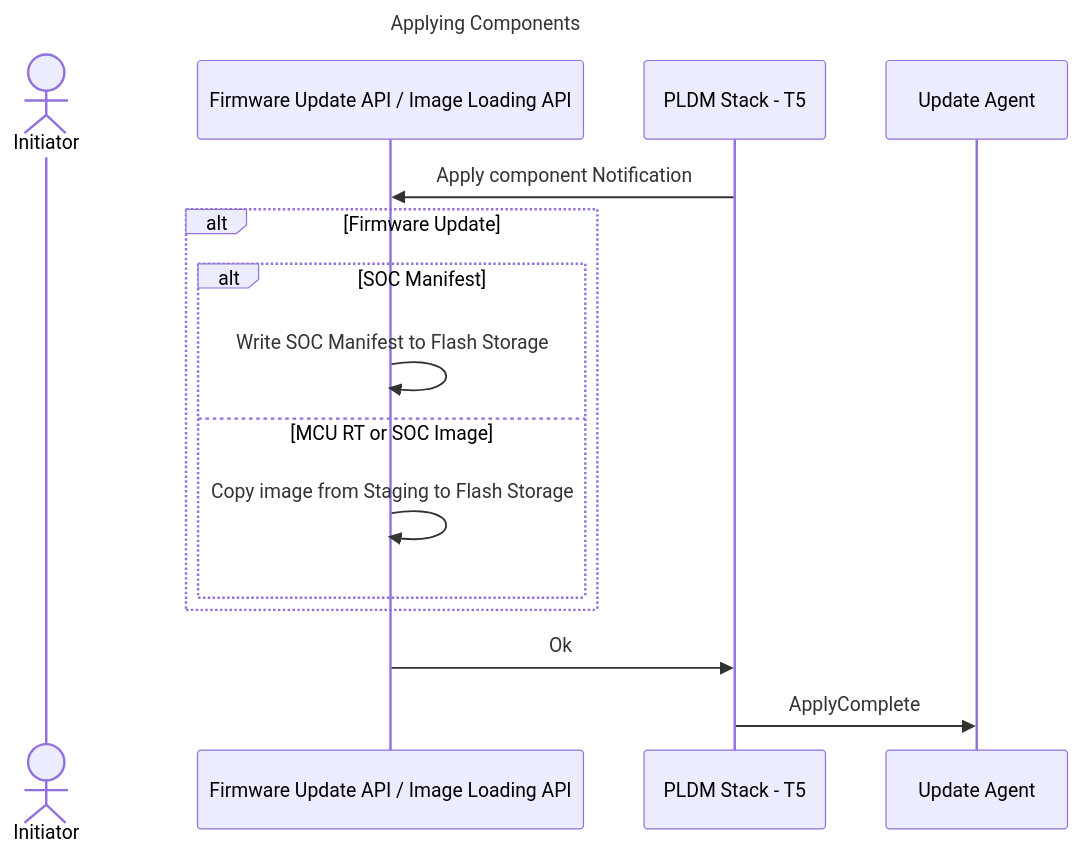
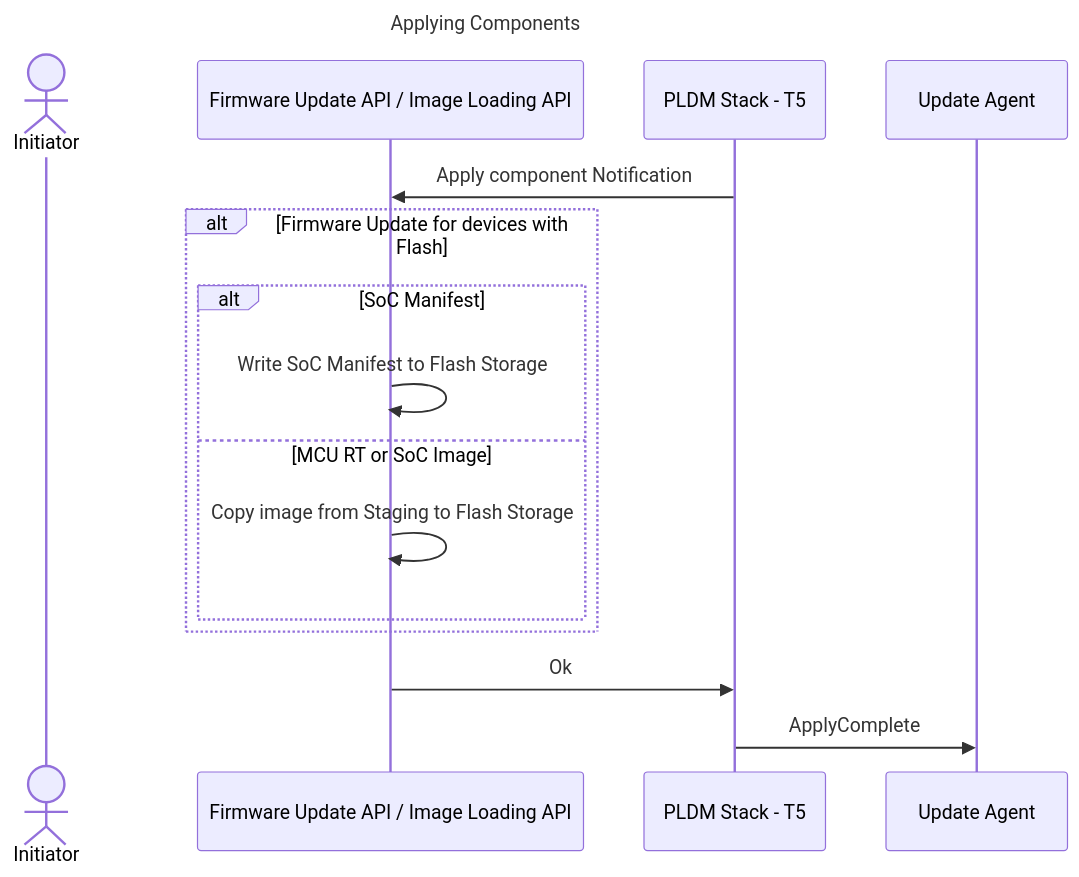
Before and after one commit to chipsalliance/caliptra-mcu-sw: the eighth of 9 diagrams in docs/src/firmware_update_and_streaming_boot.md, drawn with Mermaid. The commit also changed other lines of this file and 1 other file, not shown here.

````diff
--- a/docs/src/firmware_update_and_streaming_boot.md
+++ b/docs/src/firmware_update_and_streaming_boot.md
@@ -167,22 +186,22 @@
 ```mermaid
 sequenceDiagram
     title Applying Components
 
     actor App as Initiator
     participant API as Firmware Update API / Image Loading API
     participant Firmware as PLDM Stack - T5
     participant PLDM as Update Agent      
 
     Firmware->>API: Apply component Notification
-    alt Firmware Update
-        alt SOC Manifest
-            API->>API: Write SOC Manifest to Flash Storage
-        else MCU RT or SOC Image
+    alt Firmware Update for devices with Flash
+        alt SoC Manifest
+            API->>API: Write SoC Manifest to Flash Storage
+        else MCU RT or SoC Image
             API->>API: Copy image from Staging to Flash Storage
         end
     end
 
     API->>Firmware: Ok
     Firmware->>PLDM: ApplyComplete
 
 ```
````
